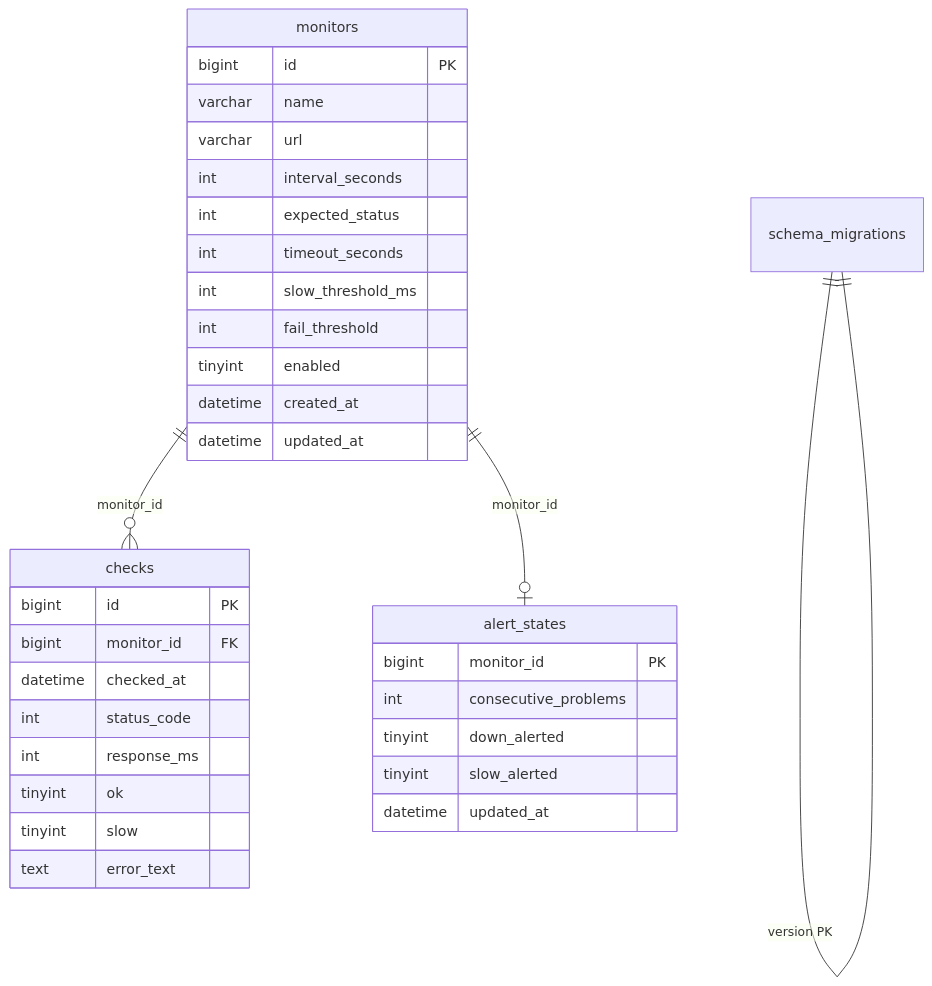
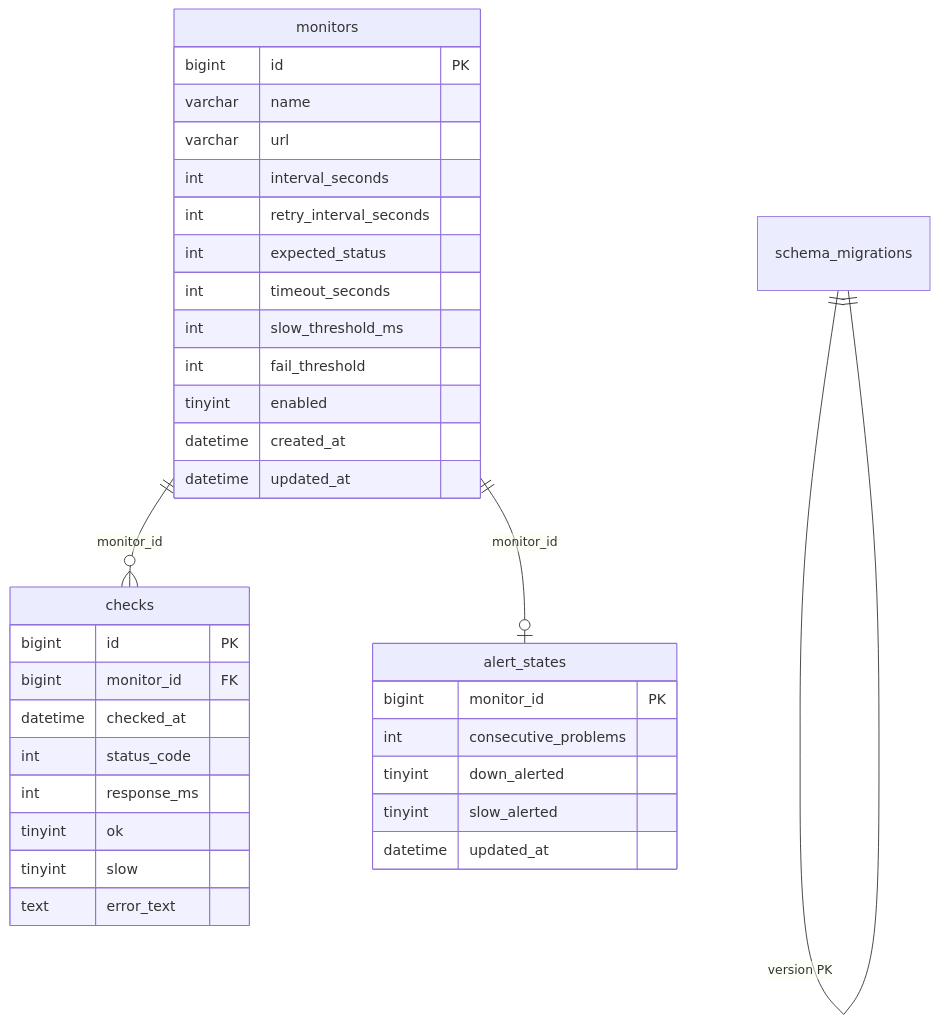
Before and after one commit to mc-lion/WebChecker: the diagram in docs/data-model.md, drawn with Mermaid. The commit also changed other lines of this file and 16 other files, not shown here.

````diff
--- a/docs/data-model.md
+++ b/docs/data-model.md
@@ -7,39 +7,40 @@
 ```mermaid
 erDiagram
   monitors ||--o{ checks : "monitor_id"
   monitors ||--o| alert_states : "monitor_id"
   schema_migrations ||--|| schema_migrations : "version PK"
 
   monitors {
     bigint id PK
     varchar name
     varchar url
     int interval_seconds
+    int retry_interval_seconds
     int expected_status
     int timeout_seconds
     int slow_threshold_ms
     int fail_threshold
     tinyint enabled
     datetime created_at
     datetime updated_at
   }
 
   checks {
     bigint id PK
     bigint monitor_id FK
     datetime checked_at
     int status_code
     int response_ms
     tinyint ok
     tinyint slow
     text error_text
   }
 
   alert_states {
     bigint monitor_id PK
     int consecutive_problems
     tinyint down_alerted
     tinyint slow_alerted
     datetime updated_at
   }
 ```
````
